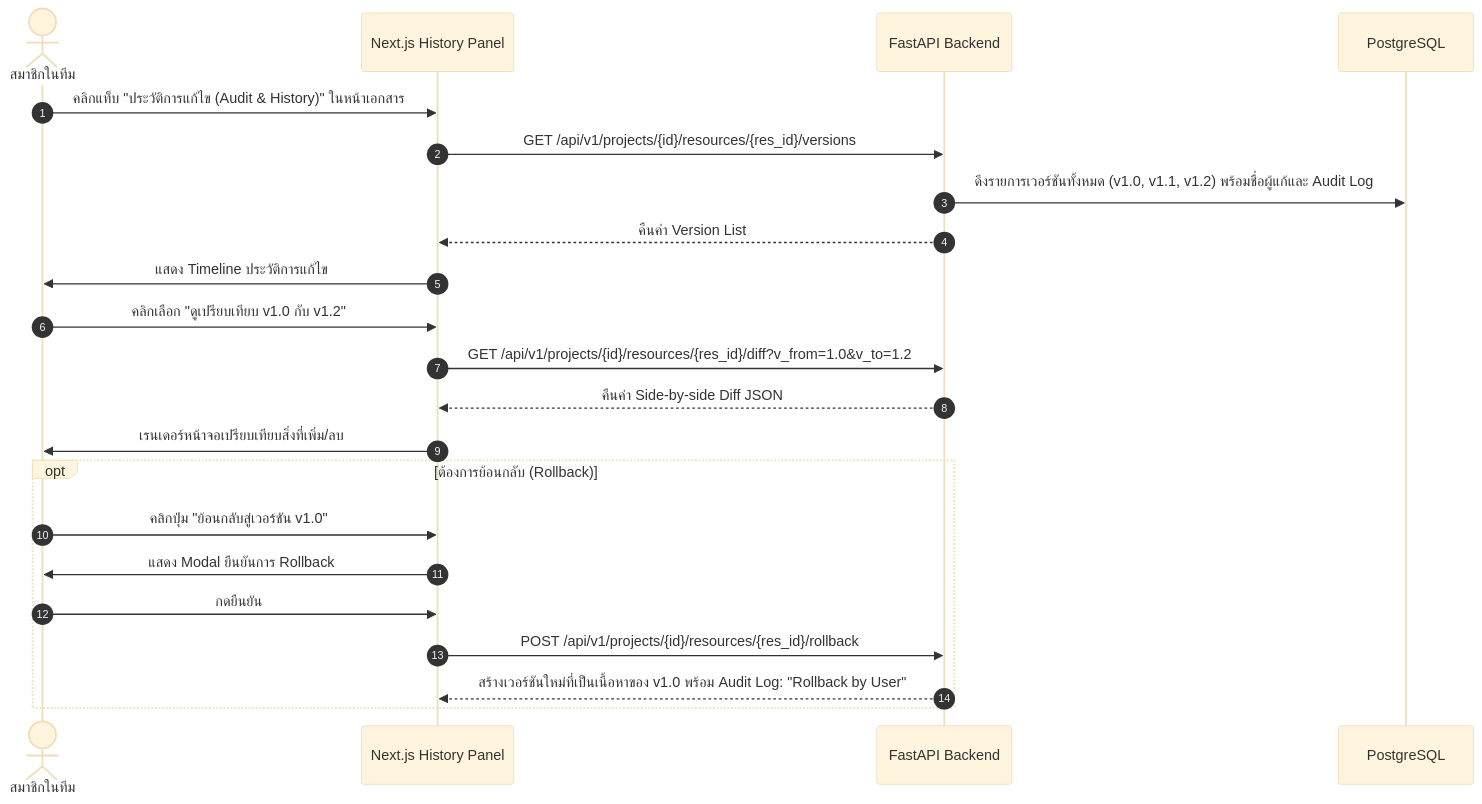
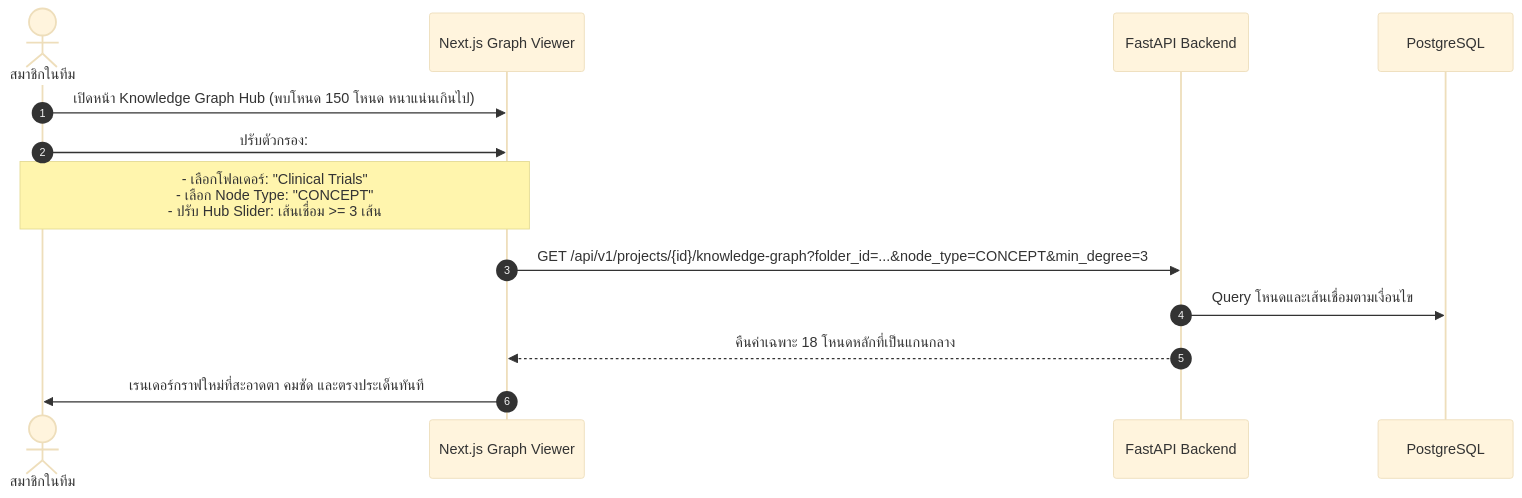
One commit to kelsonwinith/app.projectP changed the third of 3 diagrams in docs/02_USER_JOURNEY_AND_FLOWS.md. Above: the diagram before and after it, drawn with Mermaid (base theme). The commit also changed other lines of this file and 6 other files, not shown here.

````diff
--- a/docs/02_USER_JOURNEY_AND_FLOWS.md
+++ b/docs/02_USER_JOURNEY_AND_FLOWS.md
@@ -120,27 +69,18 @@
 ```mermaid
 sequenceDiagram
     autonumber
     actor User as สมาชิกในทีม
-    participant UI as Next.js History Panel
+    participant UI as Next.js Graph Viewer
     participant API as FastAPI Backend
     participant DB as PostgreSQL
 
-    User->>UI: คลิกแท็บ "ประวัติการแก้ไข (Audit & History)" ในหน้าเอกสาร
-    UI->>API: GET /api/v1/projects/{id}/resources/{res_id}/versions
-    API->>DB: ดึงรายการเวอร์ชันทั้งหมด (v1.0, v1.1, v1.2) พร้อมชื่อผู้แก้และ Audit Log
-    API-->>UI: คืนค่า Version List
+    User->>UI: เปิดหน้า Knowledge Graph Hub (พบโหนด 150 โหนด หนาแน่นเกินไป)
+    User->>UI: ปรับตัวกรอง:
+    Note over UI,User: - เลือกโฟลเดอร์: "Clinical Trials"<br/>- เลือก Node Type: "CONCEPT"<br/>- ปรับ Hub Slider: เส้นเชื่อม >= 3 เส้น
     
-    UI->>User: แสดง Timeline ประวัติการแก้ไข
-    User->>UI: คลิกเลือก "ดูเปรียบเทียบ v1.0 กับ v1.2"
-    UI->>API: GET /api/v1/projects/{id}/resources/{res_id}/diff?v_from=1.0&v_to=1.2
-    API-->>UI: คืนค่า Side-by-side Diff JSON
-    UI->>User: เรนเดอร์หน้าจอเปรียบเทียบสิ่งที่เพิ่ม/ลบ
+    UI->>API: GET /api/v1/projects/{id}/knowledge-graph?folder_id=...&node_type=CONCEPT&min_degree=3
+    API->>DB: Query โหนดและเส้นเชื่อมตามเงื่อนไข
+    API-->>UI: คืนค่าเฉพาะ 18 โหนดหลักที่เป็นแกนกลาง
     
-    opt ต้องการย้อนกลับ (Rollback)
-        User->>UI: คลิกปุ่ม "ย้อนกลับสู่เวอร์ชัน v1.0"
-        UI->>User: แสดง Modal ยืนยันการ Rollback
-        User->>UI: กดยืนยัน
-        UI->>API: POST /api/v1/projects/{id}/resources/{res_id}/rollback
-        API-->>UI: สร้างเวอร์ชันใหม่ที่เป็นเนื้อหาของ v1.0 พร้อม Audit Log: "Rollback by User"
-    end
+    UI->>User: เรนเดอร์กราฟใหม่ที่สะอาดตา คมชัด และตรงประเด็นทันที
 ```
````
